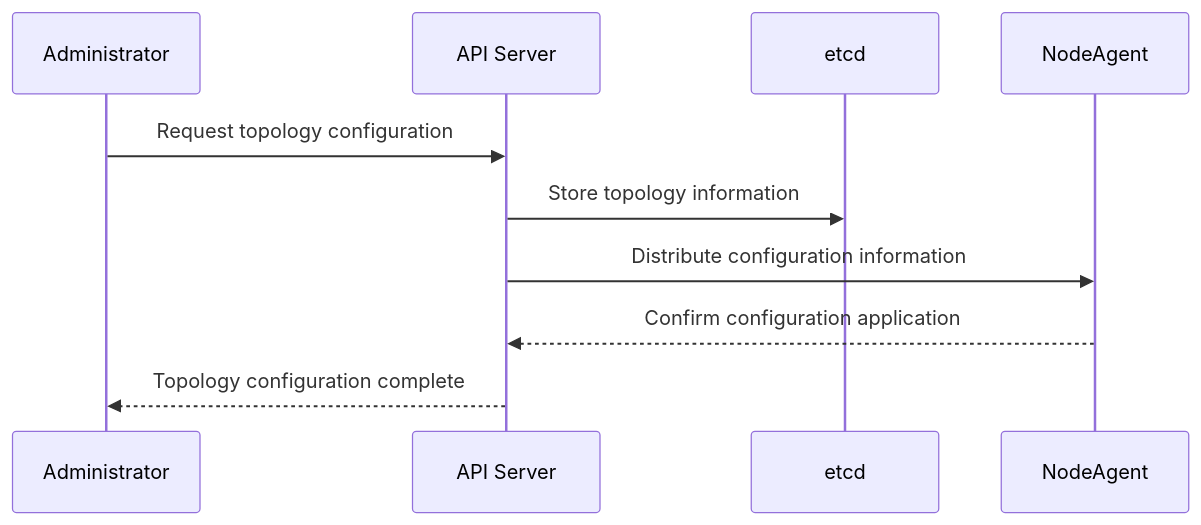
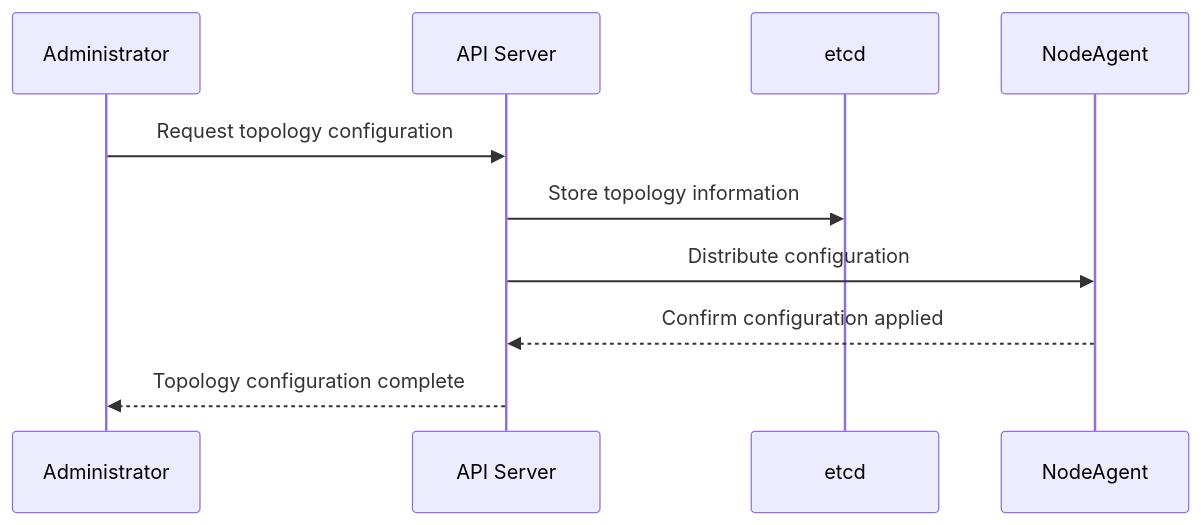
Before and after one commit to youngtaekiim/pullpiri: the third of 3 diagrams in doc/architecture/EN/2.HLD/base/piccolo_clustering.md, drawn with Mermaid. The commit also changed other lines of this file and 3 other files, not shown here.

````diff
--- a/doc/architecture/EN/2.HLD/base/piccolo_clustering.md
+++ b/doc/architecture/EN/2.HLD/base/piccolo_clustering.md
@@ -203,13 +195,13 @@
 ```mermaid
 sequenceDiagram
     participant A as Administrator
     participant AS as API Server
     participant ET as etcd
     participant NA as NodeAgent
     
     A->>AS: Request topology configuration
     AS->>ET: Store topology information
-    AS->>NA: Distribute configuration information
-    NA-->>AS: Confirm configuration application
+    AS->>NA: Distribute configuration
+    NA-->>AS: Confirm configuration applied
     AS-->>A: Topology configuration complete
 ```
````
